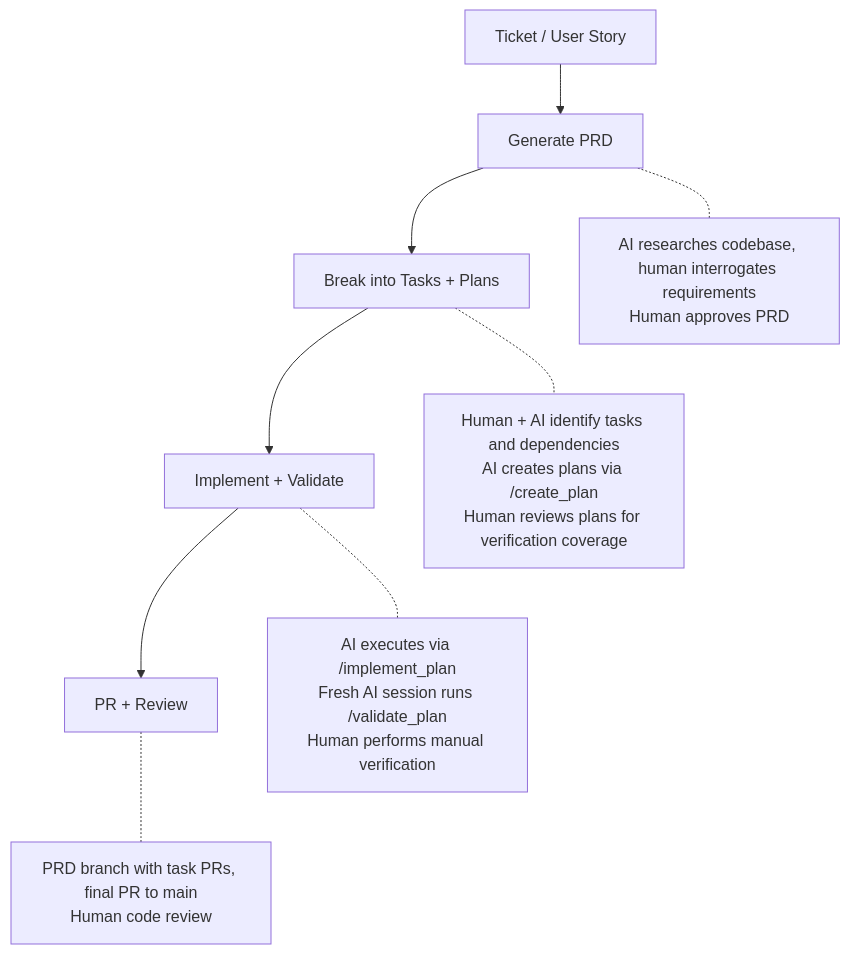
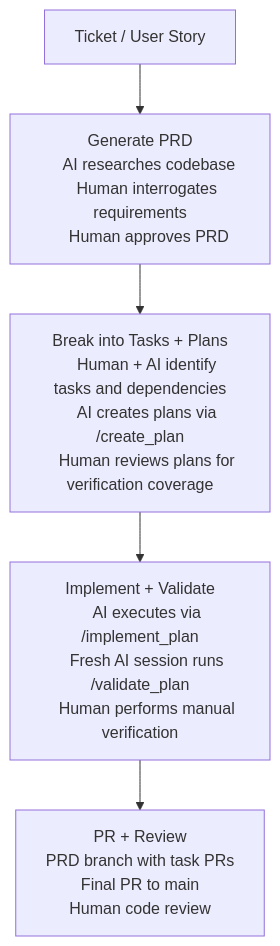
Before and after one commit to focusconsulting/focus-ai-playbooks: the diagram in content/playbooks/ai-driven-development/_index.md, drawn with Mermaid.

Commit message:
fix: simplify mermaid diagram to render correctly
Consolidates step labels and descriptions into single nodes instead of
dotted-line side annotations that caused diagonal staggering.

````diff
--- a/content/playbooks/ai-driven-development/_index.md
+++ b/content/playbooks/ai-driven-development/_index.md
@@ -42,19 +42,22 @@
 ```mermaid
 flowchart TD
-    A["Ticket / User Story"] --> B
+    A["Ticket / User Story"] --> B["Generate PRD
+    AI researches codebase
+    Human interrogates requirements
+    Human approves PRD"]
 
-    B["Generate PRD"]
-    B --> C
-    B -.- B1["AI researches codebase, human interrogates requirements\nHuman approves PRD"]
+    B --> C["Break into Tasks + Plans
+    Human + AI identify tasks and dependencies
+    AI creates plans via /create_plan
+    Human reviews plans for verification coverage"]
 
-    C["Break into Tasks + Plans"]
-    C --> D
-    C -.- C1["Human + AI identify tasks and dependencies\nAI creates plans via /create_plan\nHuman reviews plans for verification coverage"]
+    C --> D["Implement + Validate
+    AI executes via /implement_plan
+    Fresh AI session runs /validate_plan
+    Human performs manual verification"]
 
-    D["Implement + Validate"]
-    D --> E
-    D -.- D1["AI executes via /implement_plan\nFresh AI session runs /validate_plan\nHuman performs manual verification"]
-
-    E["PR + Review"]
-    E -.- E1["PRD branch with task PRs, final PR to main\nHuman code review"]
+    D --> E["PR + Review
+    PRD branch with task PRs
+    Final PR to main
+    Human code review"]
 ```
````
